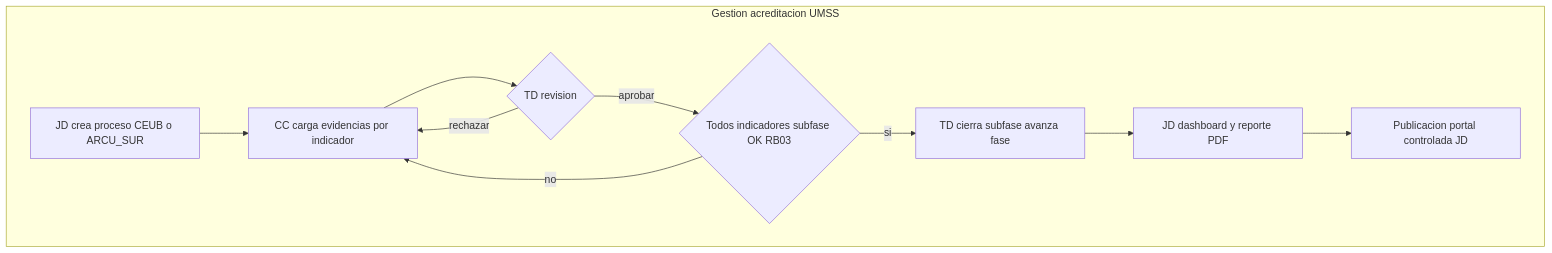
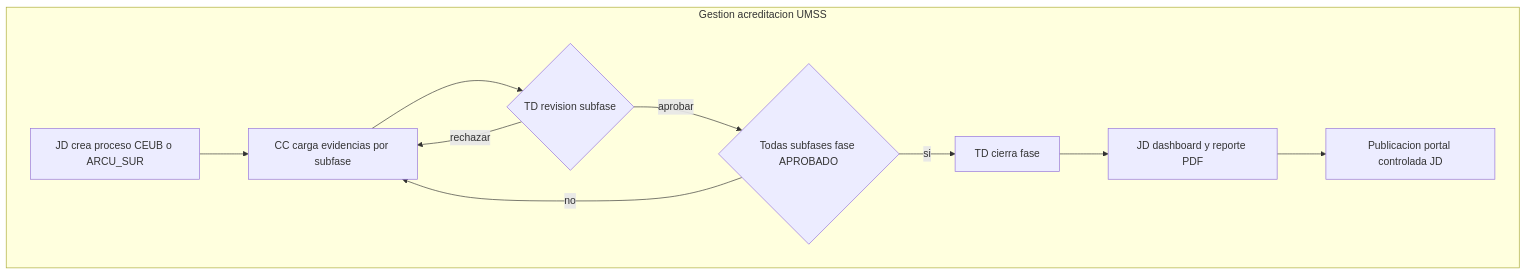
Before and after one commit to AcredIA-UMSS/sigesa-acreditacion-umss: the diagram in docs/product/diagramas/D-FLOW-001-workflow-aprobacion.mmd, drawn with Mermaid. The commit also changed 3564 other files, not shown here.

```diff
--- a/docs/product/diagramas/D-FLOW-001-workflow-aprobacion.mmd
+++ b/docs/product/diagramas/D-FLOW-001-workflow-aprobacion.mmd
@@ -1,14 +1,14 @@
 %% diagramId: D-FLOW-001
-%% fsdTrace: docs/LFSD.md FSD-UC-002 UC-003 RB-03
-%% version: 1.0
+%% fsdTrace: docs/product/FSD.md — workflow subfase v1.1
+%% version: 1.1
 flowchart TB
     subgraph Gestion_UMSS["Gestion acreditacion UMSS"]
-        A[JD crea proceso CEUB o ARCU_SUR] --> B[CC carga evidencias por indicador]
-        B --> C{TD revision}
-        C -->|aprobar| D{Todos indicadores subfase OK RB03}
+        A[JD crea proceso CEUB o ARCU_SUR] --> B[CC carga evidencias por subfase]
+        B --> C{TD revision subfase}
+        C -->|aprobar| D{Todas subfases fase APROBADO}
         C -->|rechazar| B
-        D -->|si| E[TD cierra subfase avanza fase]
+        D -->|si| E[TD cierra fase]
         D -->|no| B
         E --> F[JD dashboard y reporte PDF]
         F --> G[Publicacion portal controlada JD]
     end
```
